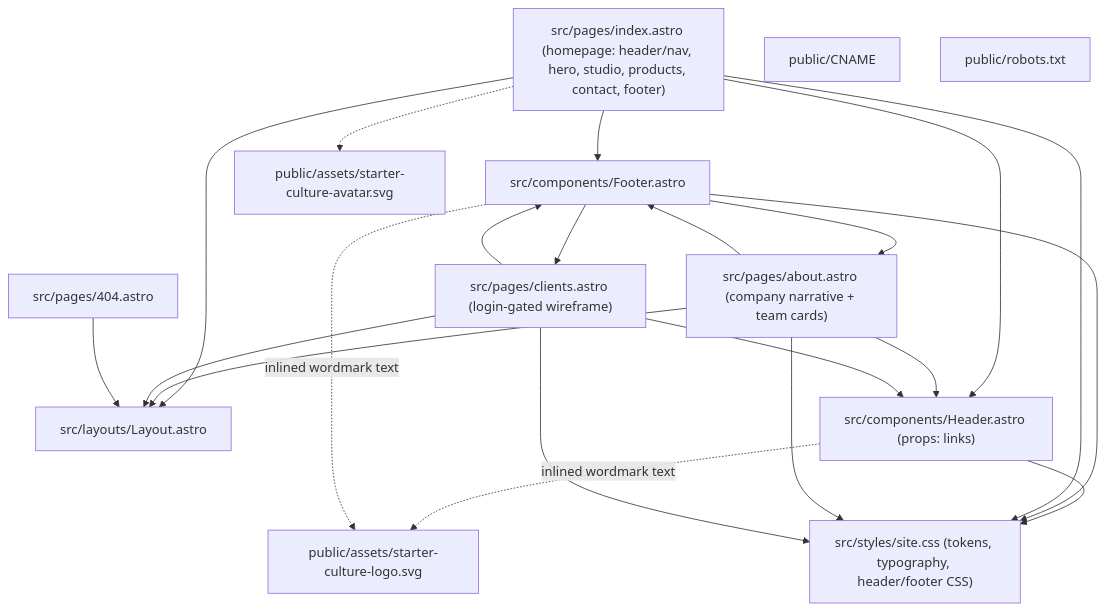
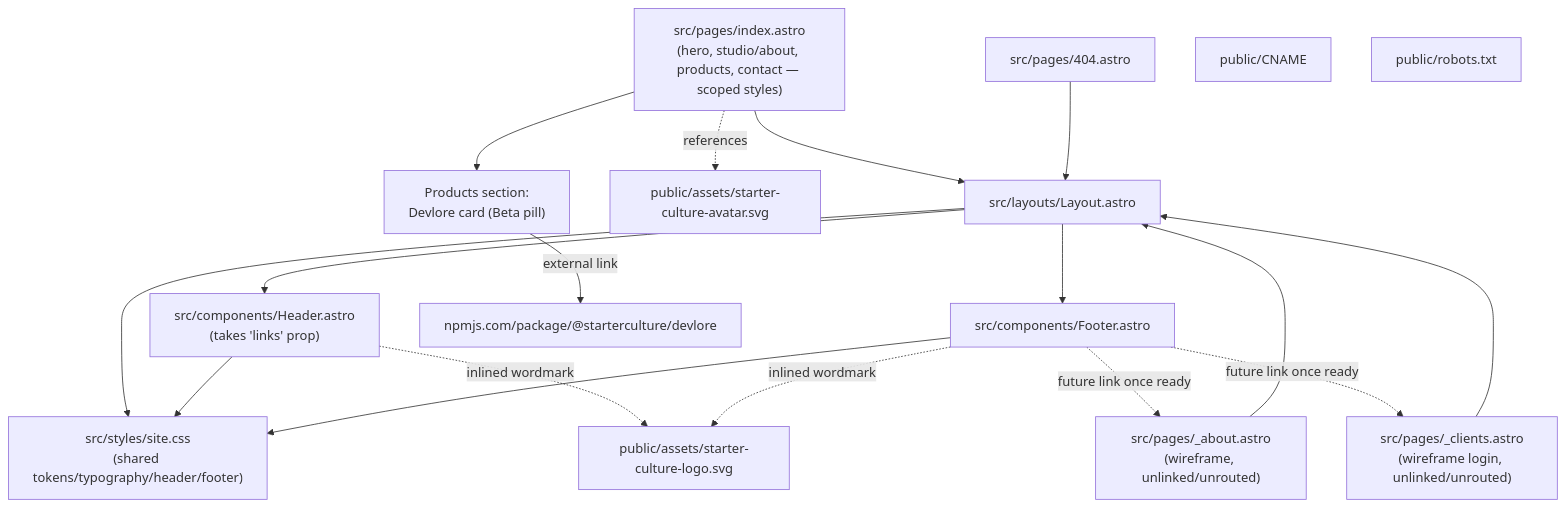
The first of 3 diagrams in docs/VISUALIZER.md (BubbaF377/starter-culture), drawn with Mermaid before and after one commit. The commit also changed other lines of this file, not shown here.

````diff
--- a/docs/VISUALIZER.md
+++ b/docs/VISUALIZER.md
@@ -8,40 +8,39 @@
 ```mermaid
 graph TD
     Layout["src/layouts/Layout.astro"]
-    Index["src/pages/index.astro (homepage: header/nav, hero, studio, products, contact, footer)"]
-    About["src/pages/about.astro (company narrative + team cards)"]
-    Clients["src/pages/clients.astro (login-gated wireframe)"]
-    NotFound["src/pages/404.astro"]
-    Header["src/components/Header.astro (props: links)"]
+    Header["src/components/Header.astro<br/>(takes 'links' prop)"]
     Footer["src/components/Footer.astro"]
-    SiteCSS["src/styles/site.css (tokens, typography, header/footer CSS)"]
+    SiteCSS["src/styles/site.css<br/>(shared tokens/typography/header/footer)"]
+
+    Index["src/pages/index.astro<br/>(hero, studio/about, products, contact — scoped styles)"]
+    About["src/pages/_about.astro<br/>(wireframe, unlinked/unrouted)"]
+    Clients["src/pages/_clients.astro<br/>(wireframe login, unlinked/unrouted)"]
+    Err["src/pages/404.astro"]
+
     LogoWordmark["public/assets/starter-culture-logo.svg"]
     LogoAvatar["public/assets/starter-culture-avatar.svg"]
     CNAME["public/CNAME"]
     Robots["public/robots.txt"]
 
     Index --> Layout
     About --> Layout
     Clients --> Layout
-    NotFound --> Layout
+    Err --> Layout
 
-    Index --> Header
-    Index --> Footer
-    About --> Header
-    About --> Footer
-    Clients --> Header
-    Clients --> Footer
+    Layout --> Header
+    Layout --> Footer
+    Layout --> SiteCSS
 
     Header --> SiteCSS
     Footer --> SiteCSS
-    Index --> SiteCSS
-    About --> SiteCSS
-    Clients --> SiteCSS
 
-    Header -. inlined wordmark text .-> LogoWordmark
-    Footer -. inlined wordmark text .-> LogoWordmark
-    Index -.-> LogoAvatar
+    Header -. "inlined wordmark <text>, sans-serif" .-> LogoWordmark
+    Footer -. "inlined wordmark <text>, sans-serif" .-> LogoWordmark
+    Index -. "references" .-> LogoAvatar
 
-    Footer --> About
-    Footer --> Clients
+    Index --> Products["Products section:<br/>Devlore card (Beta pill)"]
+    Products -- "external link" --> NpmLink["npmjs.com/package/@starterculture/devlore"]
+
+    Footer -. "future link once ready" .-> About
+    Footer -. "future link once ready" .-> Clients
 ```
````
